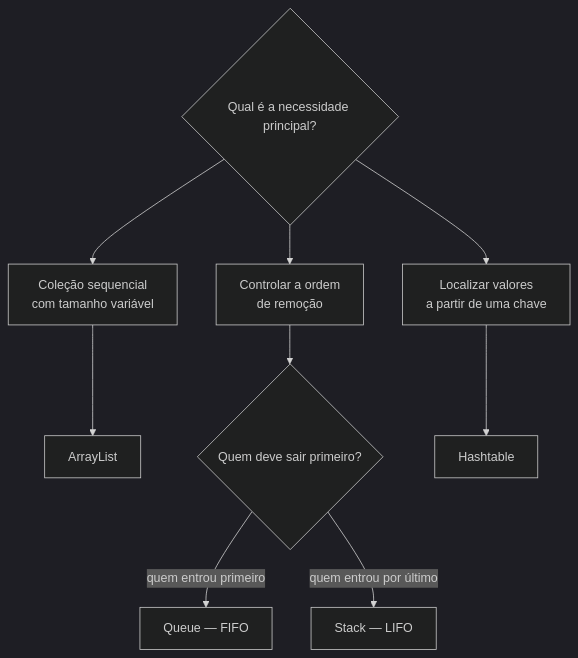
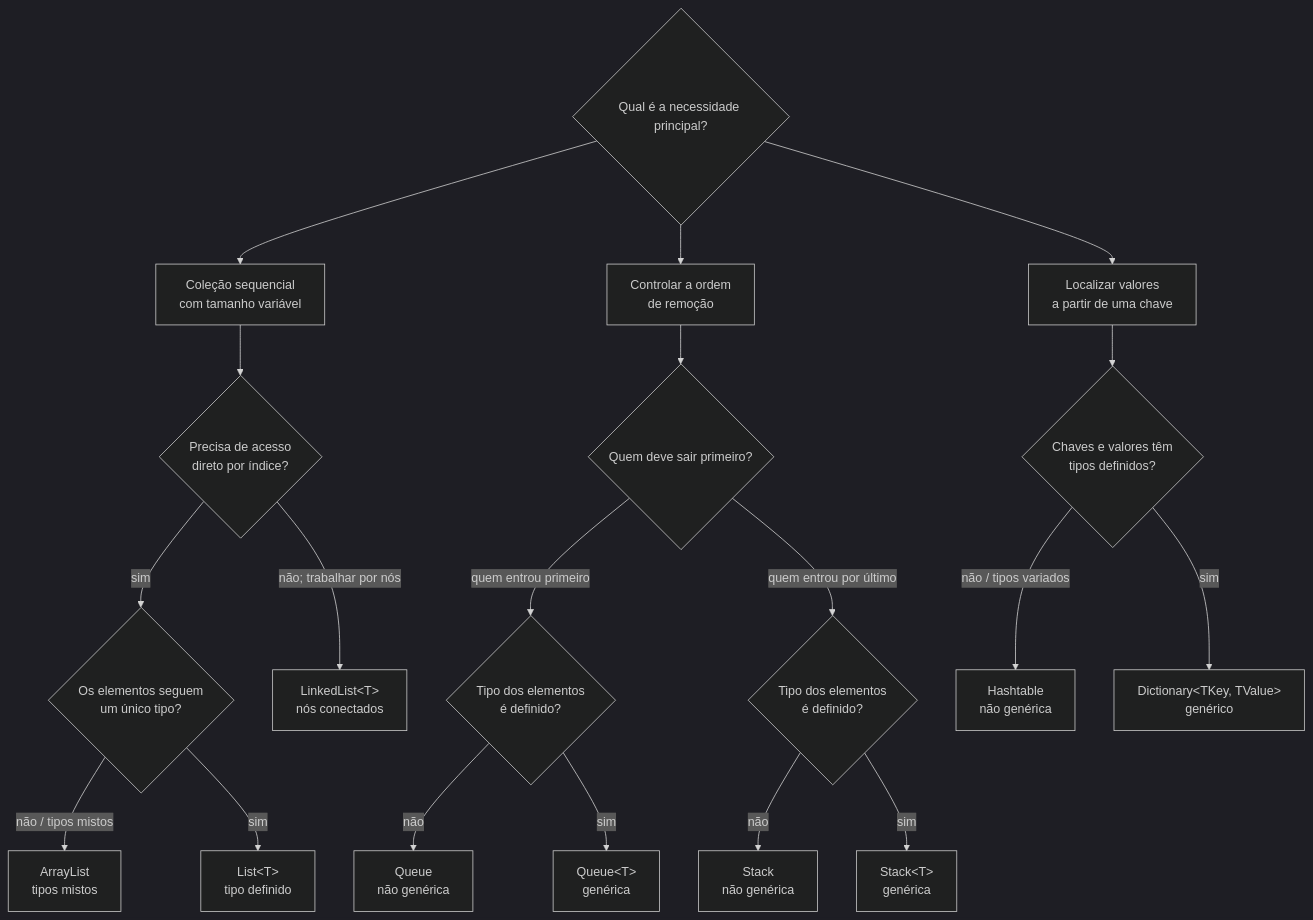
The diagram in 04. Algoritmos e Estruturas de Dados/00. Algoritmos e Estruturas de Dados - Resumo.md (leorruas/puc), drawn with Mermaid (dark theme) before and after one commit. The commit also changed other lines of this file and 1 other file, not shown here.

Commit message:
docs: incluir coleções genéricas no guia de escolha

````diff
--- a/04. Algoritmos e Estruturas de Dados/00. Algoritmos e Estruturas de Dados - Resumo.md
+++ b/04. Algoritmos e Estruturas de Dados/00. Algoritmos e Estruturas de Dados - Resumo.md
@@ -24,18 +24,44 @@
 ```mermaid
 flowchart TD
     Inicio{"Qual é a necessidade principal?"}:::core
+
     Sequencia["Coleção sequencial<br>com tamanho variável"]:::data
     Ordem["Controlar a ordem<br>de remoção"]:::data
     Chave["Localizar valores<br>a partir de uma chave"]:::data
-    ArrayList["ArrayList"]:::component
+
+    Acesso{"Precisa de acesso<br>direto por índice?"}:::core
+    TipoLista{"Os elementos seguem<br>um único tipo?"}:::core
+    ArrayList["ArrayList<br>tipos mistos"]:::component
+    List["List&lt;T&gt;<br>tipo definido"]:::component
+    Linked["LinkedList&lt;T&gt;<br>nós conectados"]:::component
+
     OrdemSaida{"Quem deve sair primeiro?"}:::core
-    Queue["Queue — FIFO"]:::component
-    Stack["Stack — LIFO"]:::component
-    Hashtable["Hashtable"]:::component
+    TipoFila{"Tipo dos elementos<br>é definido?"}:::core
+    TipoPilha{"Tipo dos elementos<br>é definido?"}:::core
+    Queue["Queue<br>não genérica"]:::component
+    QueueT["Queue&lt;T&gt;<br>genérica"]:::component
+    Stack["Stack<br>não genérica"]:::component
+    StackT["Stack&lt;T&gt;<br>genérica"]:::component
 
-    Inicio --> Sequencia --> ArrayList
+    TipoMapa{"Chaves e valores têm<br>tipos definidos?"}:::core
+    Hashtable["Hashtable<br>não genérica"]:::component
+    Dictionary["Dictionary&lt;TKey, TValue&gt;<br>genérico"]:::component
+
+    Inicio --> Sequencia --> Acesso
+    Acesso -->|"sim"| TipoLista
+    Acesso -->|"não; trabalhar por nós"| Linked
+    TipoLista -->|"não / tipos mistos"| ArrayList
+    TipoLista -->|"sim"| List
+
     Inicio --> Ordem --> OrdemSaida
-    OrdemSaida -->|"quem entrou primeiro"| Queue
-    OrdemSaida -->|"quem entrou por último"| Stack
-    Inicio --> Chave --> Hashtable
+    OrdemSaida -->|"quem entrou primeiro"| TipoFila
+    OrdemSaida -->|"quem entrou por último"| TipoPilha
+    TipoFila -->|"não"| Queue
+    TipoFila -->|"sim"| QueueT
+    TipoPilha -->|"não"| Stack
+    TipoPilha -->|"sim"| StackT
+
+    Inicio --> Chave --> TipoMapa
+    TipoMapa -->|"não / tipos variados"| Hashtable
+    TipoMapa -->|"sim"| Dictionary
 ```
````
